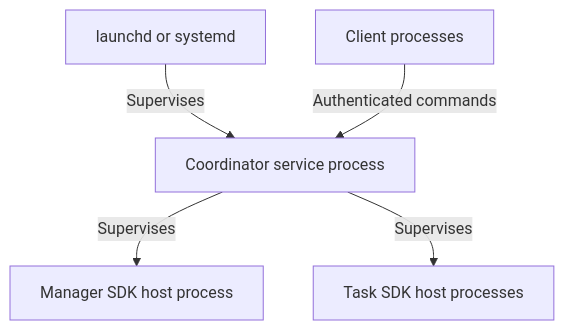
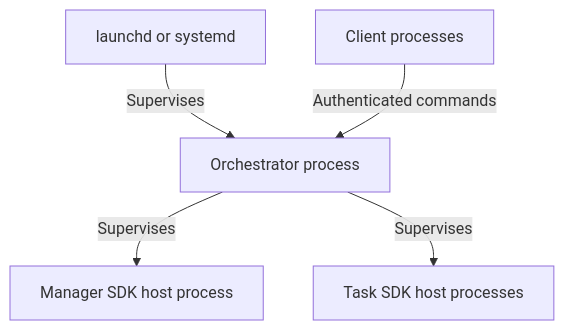
One commit to dataclique/metagenda changed the second of 6 diagrams in SPEC.md. Above: the diagram before and after it, drawn with Mermaid. The commit also changed other lines of this file, not shown here.

Commit message:
unify orchestrator terminology and manager arbitration

````diff
--- a/SPEC.md
+++ b/SPEC.md
@@ -130,7 +126,7 @@
 ```mermaid
 flowchart TD
-    OS[launchd or systemd] -->|Supervises| Coordinator[Coordinator service process]
+    OS[launchd or systemd] -->|Supervises| Coordinator[Orchestrator process]
     Coordinator -->|Supervises| ManagerHost[Manager SDK host process]
     Coordinator -->|Supervises| WorkerHosts[Task SDK host processes]
     Clients[Client processes] -->|Authenticated commands| Coordinator
 ```
````
